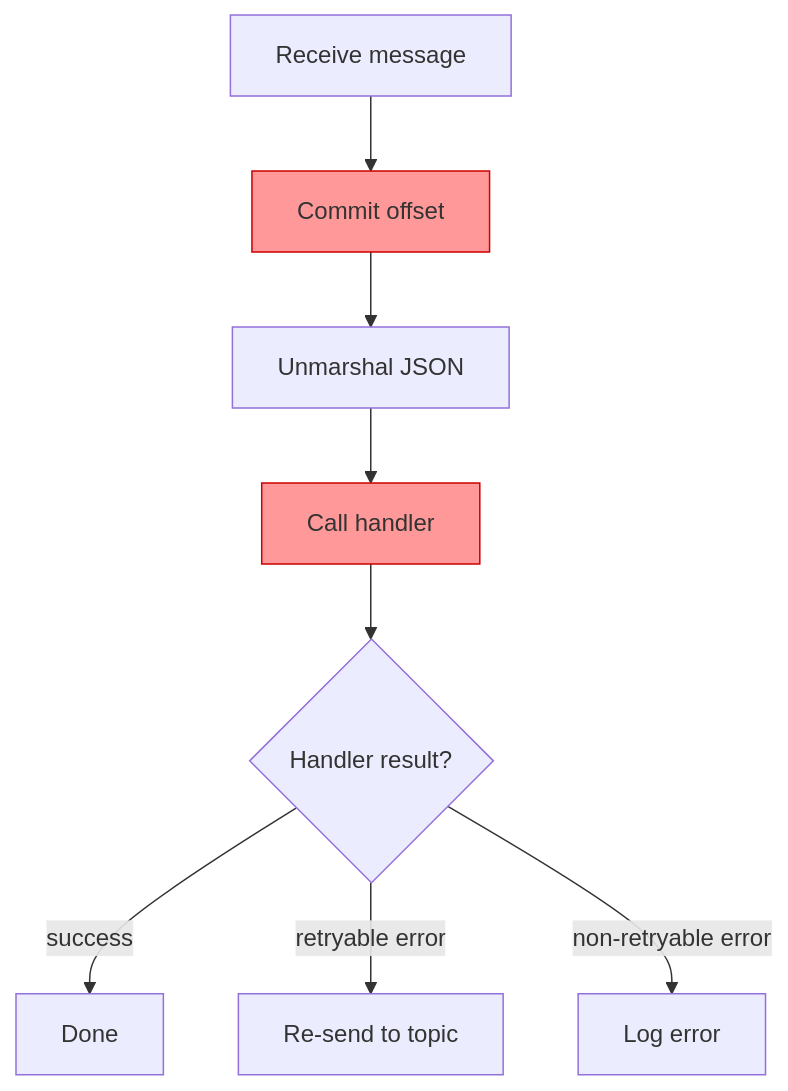
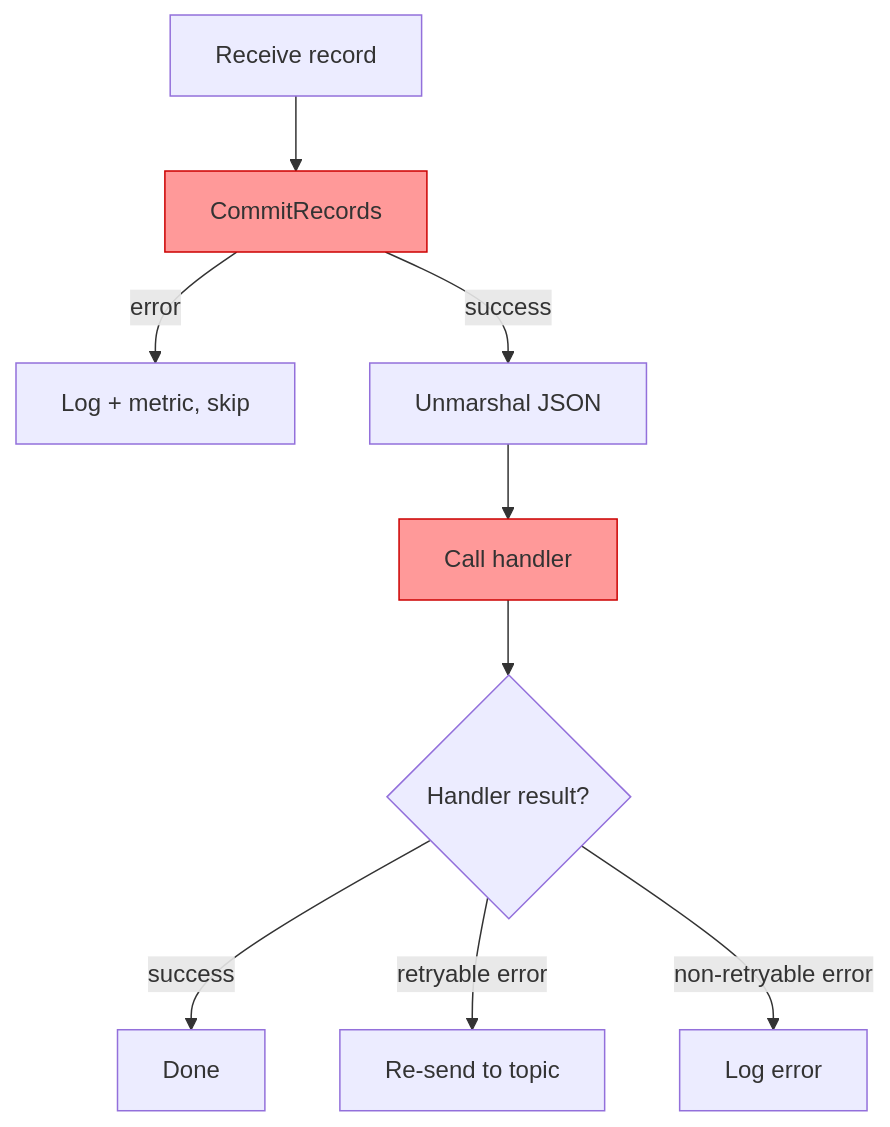
The fourth of 11 diagrams in kafka/README.md (matmazurk/oidc-keepie), drawn with Mermaid before and after one commit. The commit also changed other lines of this file, not shown here.

````diff
--- a/kafka/README.md
+++ b/kafka/README.md
@@ -96,13 +118,14 @@
 ```mermaid
 graph TD
-    A[Receive message] --> B[Commit offset]
-    B --> C[Unmarshal JSON]
+    A[Receive record] --> B[CommitRecords]
+    B -->|error| B1[Log + metric, skip]
+    B -->|success| C[Unmarshal JSON]
     C --> D[Call handler]
     D --> E{Handler result?}
     E -->|success| F[Done]
     E -->|retryable error| G[Re-send to topic]
     E -->|non-retryable error| H[Log error]
 
     style B fill:#ff9999,stroke:#cc0000
     style D fill:#ff9999,stroke:#cc0000
 ```
````
